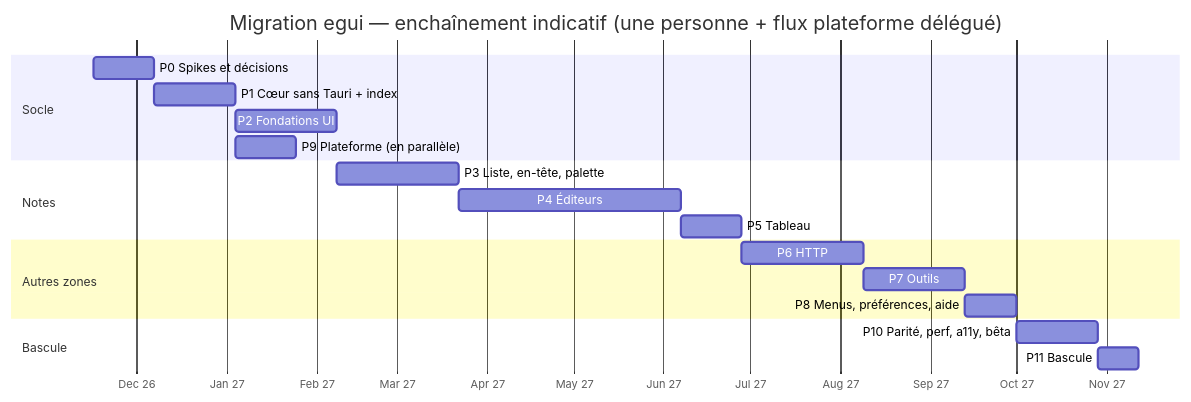
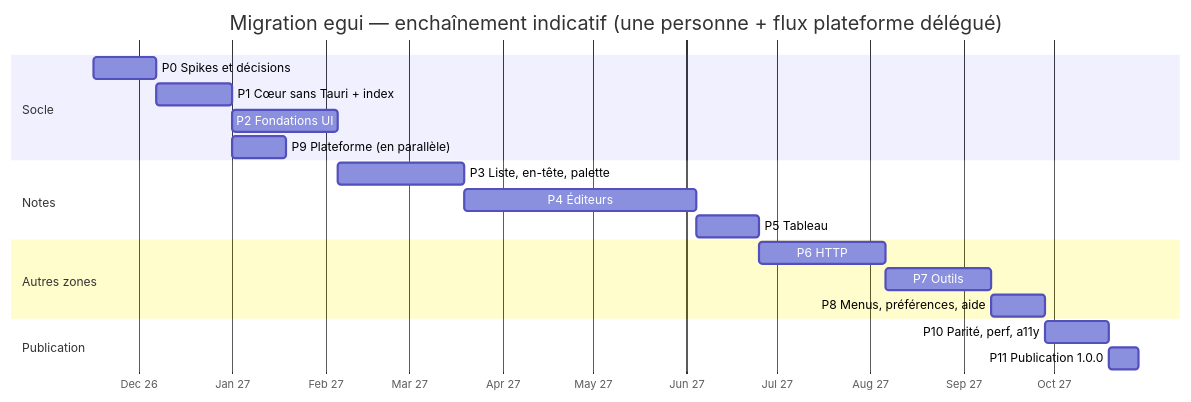
Before and after one commit to vmillet-dev/devnotes-rs: the seventh of 7 diagrams in docs/egui-migration-plan.md, drawn with Mermaid. The commit also changed other lines of this file, not shown here.

First line of the commit message:
Architecture: record the decisions taken on the egui migration plan

````diff
--- a/docs/egui-migration-plan.md
+++ b/docs/egui-migration-plan.md
@@ -1078,22 +1076,22 @@
 ```mermaid
 gantt
   title Migration egui — enchaînement indicatif (une personne + flux plateforme délégué)
   dateFormat YYYY-MM-DD
   axisFormat %b %y
   section Socle
   P0 Spikes et décisions          :p0, 2026-11-16, 21d
-  P1 Cœur sans Tauri + index      :p1, after p0, 28d
+  P1 Cœur sans Tauri + index      :p1, after p0, 25d
   P2 Fondations UI                :p2, after p1, 35d
-  P9 Plateforme (en parallèle)    :p9, after p1, 21d
+  P9 Plateforme (en parallèle)    :p9, after p1, 18d
   section Notes
   P3 Liste, en-tête, palette      :p3, after p2, 42d
   P4 Éditeurs                     :p4, after p3, 77d
   P5 Tableau                      :p5, after p4, 21d
   section Autres zones
   P6 HTTP                         :p6, after p5, 42d
   P7 Outils                       :p7, after p6, 35d
   P8 Menus, préférences, aide     :p8, after p7, 18d
-  section Bascule
-  P10 Parité, perf, a11y, bêta    :p10, after p8, 28d
-  P11 Bascule                     :p11, after p10, 14d
+  section Publication
+  P10 Parité, perf, a11y          :p10, after p8, 21d
+  P11 Publication 1.0.0           :p11, after p10, 10d
 ```
````
